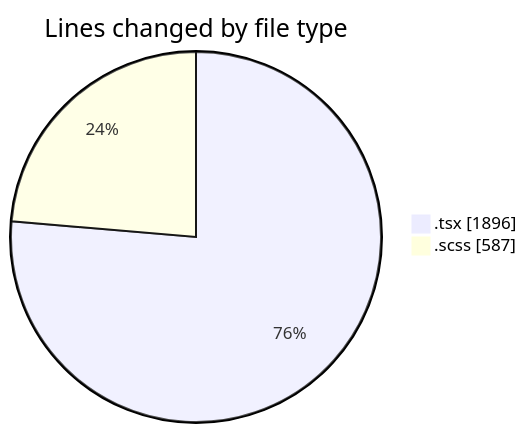
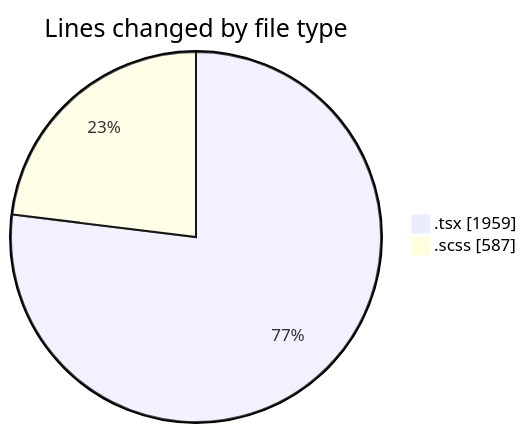
One commit to momahboobian/code-tracking changed the first of 2 diagrams in 2025-04-07/cda/README.md. Above: the diagram before and after it, drawn with Mermaid. The commit also changed other lines of this file and 1 other file, not shown here.

````diff
--- a/2025-04-07/cda/README.md
+++ b/2025-04-07/cda/README.md
@@ -27,6 +27,6 @@
 ```mermaid
 pie showData
 title Lines changed by file type
-".tsx" : 1896
+".tsx" : 1959
 ".scss" : 587
 ```
````
